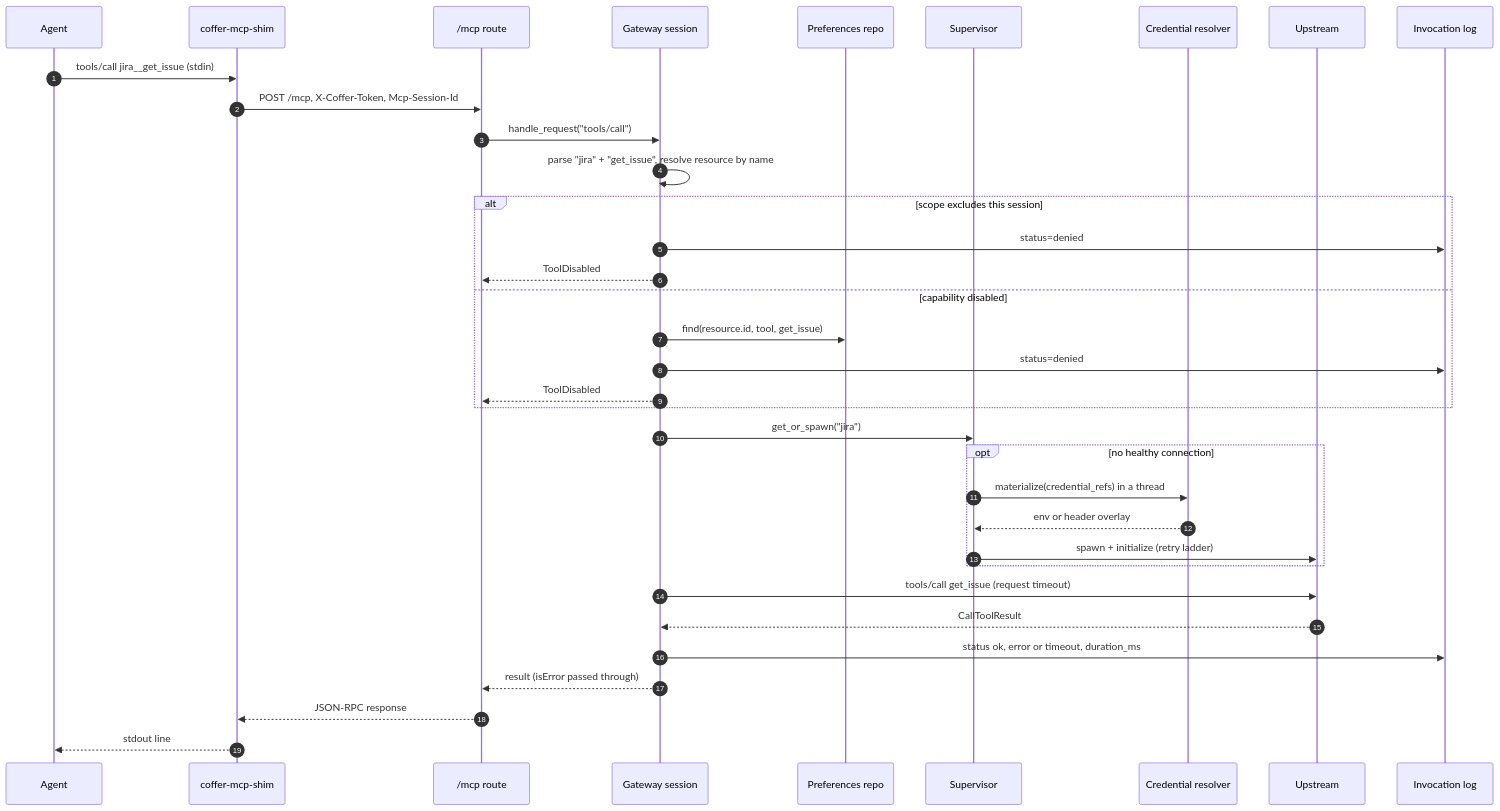
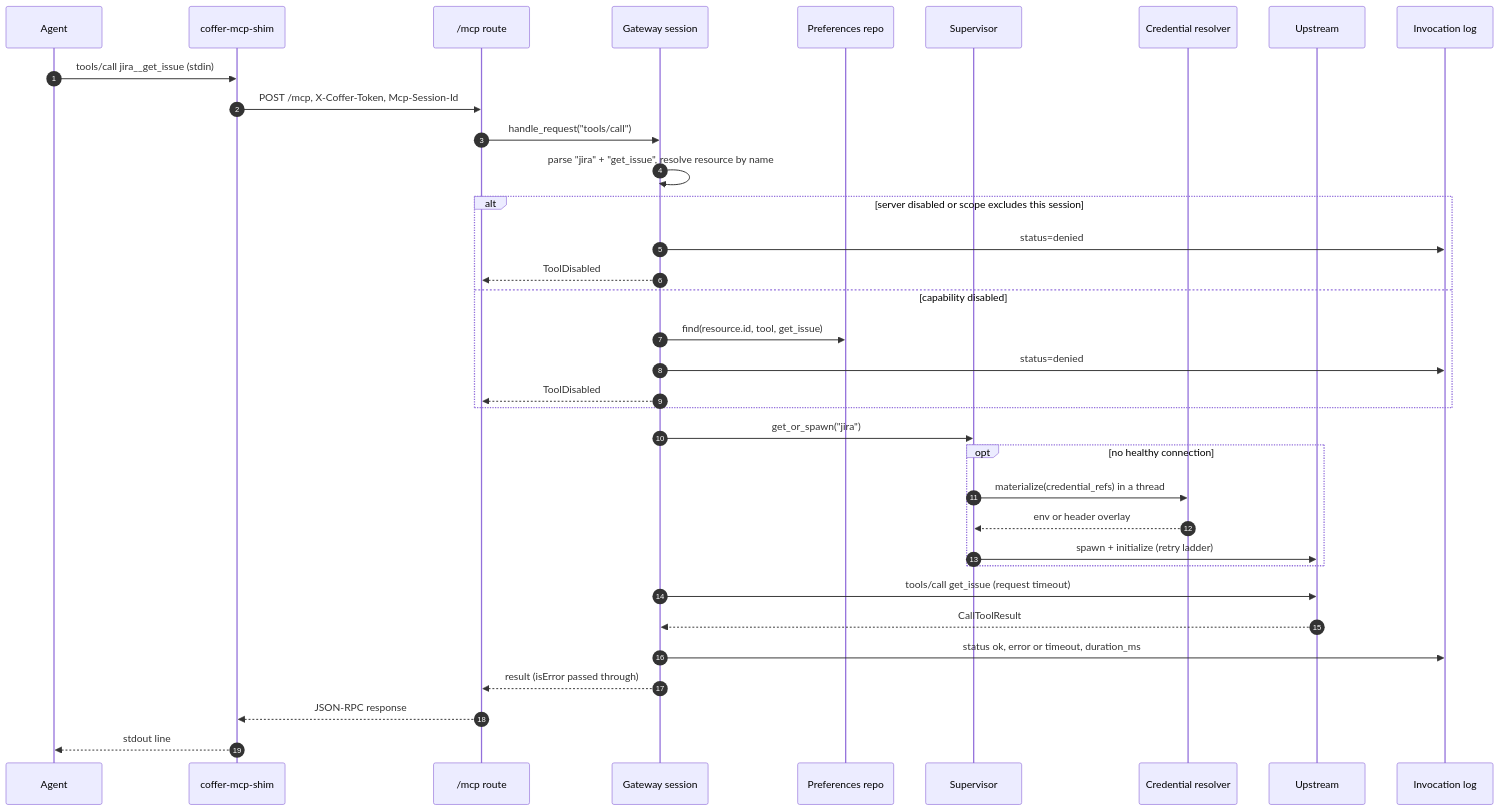
The third of 4 diagrams in docs-site/architecture/mcp-gateway.md (wyx-sg/Coffer), drawn with Mermaid before and after one commit. The commit also changed other lines of this file and 179 other files, not shown here.

````diff
--- a/docs-site/architecture/mcp-gateway.md
+++ b/docs-site/architecture/mcp-gateway.md
@@ -199,37 +199,37 @@
 ```mermaid
 sequenceDiagram
   autonumber
   participant A as Agent
   participant S as coffer-mcp-shim
   participant R as /mcp route
   participant G as Gateway session
   participant P as Preferences repo
   participant V as Supervisor
   participant C as Credential resolver
   participant U as Upstream
   participant L as Invocation log
   A->>S: tools/call jira__get_issue (stdin)
   S->>R: POST /mcp, X-Coffer-Token, Mcp-Session-Id
   R->>G: handle_request("tools/call")
   G->>G: parse "jira" + "get_issue", resolve resource by name
-  alt scope excludes this session
+  alt server disabled or scope excludes this session
     G->>L: status=denied
     G-->>R: ToolDisabled
   else capability disabled
     G->>P: find(resource.id, tool, get_issue)
     G->>L: status=denied
     G-->>R: ToolDisabled
   end
   G->>V: get_or_spawn("jira")
   opt no healthy connection
     V->>C: materialize(credential_refs) in a thread
     C-->>V: env or header overlay
     V->>U: spawn + initialize (retry ladder)
   end
   G->>U: tools/call get_issue (request timeout)
   U-->>G: CallToolResult
   G->>L: status ok, error or timeout, duration_ms
   G-->>R: result (isError passed through)
   R-->>S: JSON-RPC response
   S-->>A: stdout line
 ```
````
